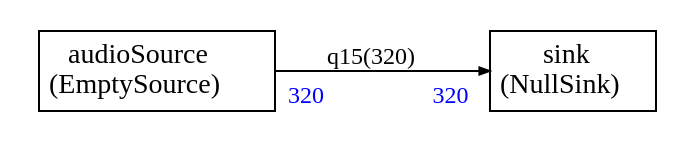
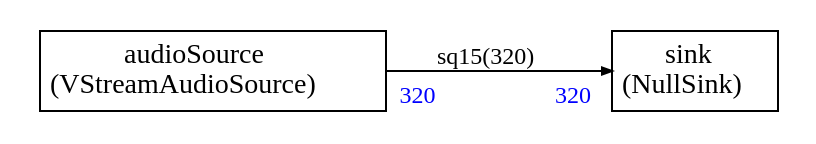
One commit to christophe0606/AlifAudioExample changed the diagram in App_HE/streamgraph/appb/appb.dot. Above: the diagram before and after it, drawn with Graphviz. The commit also changed 37 other files, not shown here.

First line of the commit message:
Added audio source using vStream.

```diff
--- a/App_HE/streamgraph/appb/appb.dot
+++ b/App_HE/streamgraph/appb/appb.dot
@@ -1,39 +1,39 @@
 
 
 
 
 
 
 digraph structs {
     bgcolor = "white"
     node [shape=plaintext,color="black",fontcolor="black",fontname="Times-Roman"]
     rankdir=LR
     edge [arrowsize="0.5",color="black",fontcolor="black",fontname="Times-Roman"]
 
 
 audioSource [label=<
 <TABLE color="black" bgcolor="none" BORDER="0" CELLBORDER="1" CELLSPACING="0" CELLPADDING="4">
   <TR>
-    <TD ALIGN="CENTER" PORT="i"><FONT COLOR="black" POINT-SIZE="14.0">audioSource<BR/>(EmptySource)</FONT></TD>
+    <TD ALIGN="CENTER" PORT="i"><FONT COLOR="black" POINT-SIZE="14.0">audioSource<BR/>(VStreamAudioSource)</FONT></TD>
   </TR>
 </TABLE>>];
 
 sink [label=<
 <TABLE color="black" bgcolor="none" BORDER="0" CELLBORDER="1" CELLSPACING="0" CELLPADDING="4">
   <TR>
     <TD ALIGN="CENTER" PORT="i"><FONT COLOR="black" POINT-SIZE="14.0">sink<BR/>(NullSink)</FONT></TD>
   </TR>
 </TABLE>>];
 
 
 
-audioSource:i -> sink:i [style="solid",color="black",fontsize="12.0",fontcolor="black",label=<q15(320)>
+audioSource:i -> sink:i [style="solid",color="black",fontsize="12.0",fontcolor="black",label=<sq15(320)>
 ,headlabel=<<TABLE BORDER="0" CELLPADDING="4"><TR><TD><FONT COLOR="blue" POINT-SIZE="12.0" >320</FONT>
 </TD></TR></TABLE>>
 ,taillabel=<<TABLE BORDER="0" CELLPADDING="4"><TR><TD><FONT COLOR="blue" POINT-SIZE="12.0" >320</FONT>
 </TD></TR></TABLE>>]
 
 
 
 
 }
```
